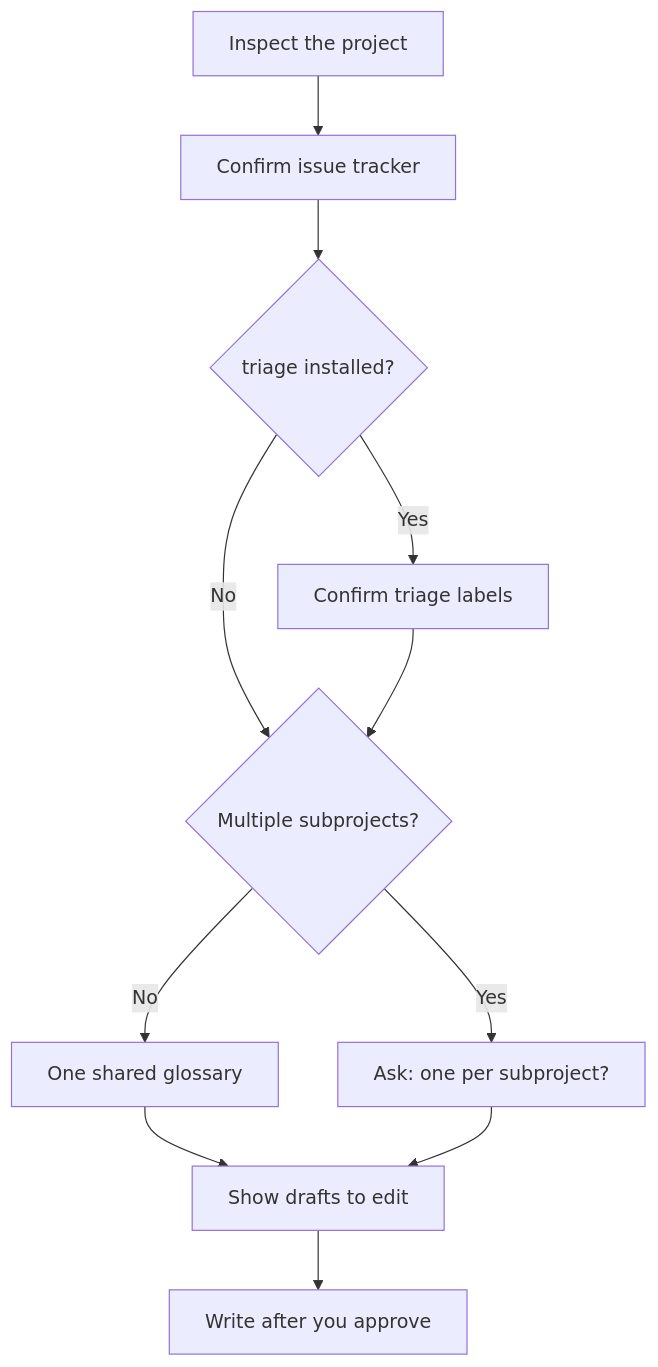
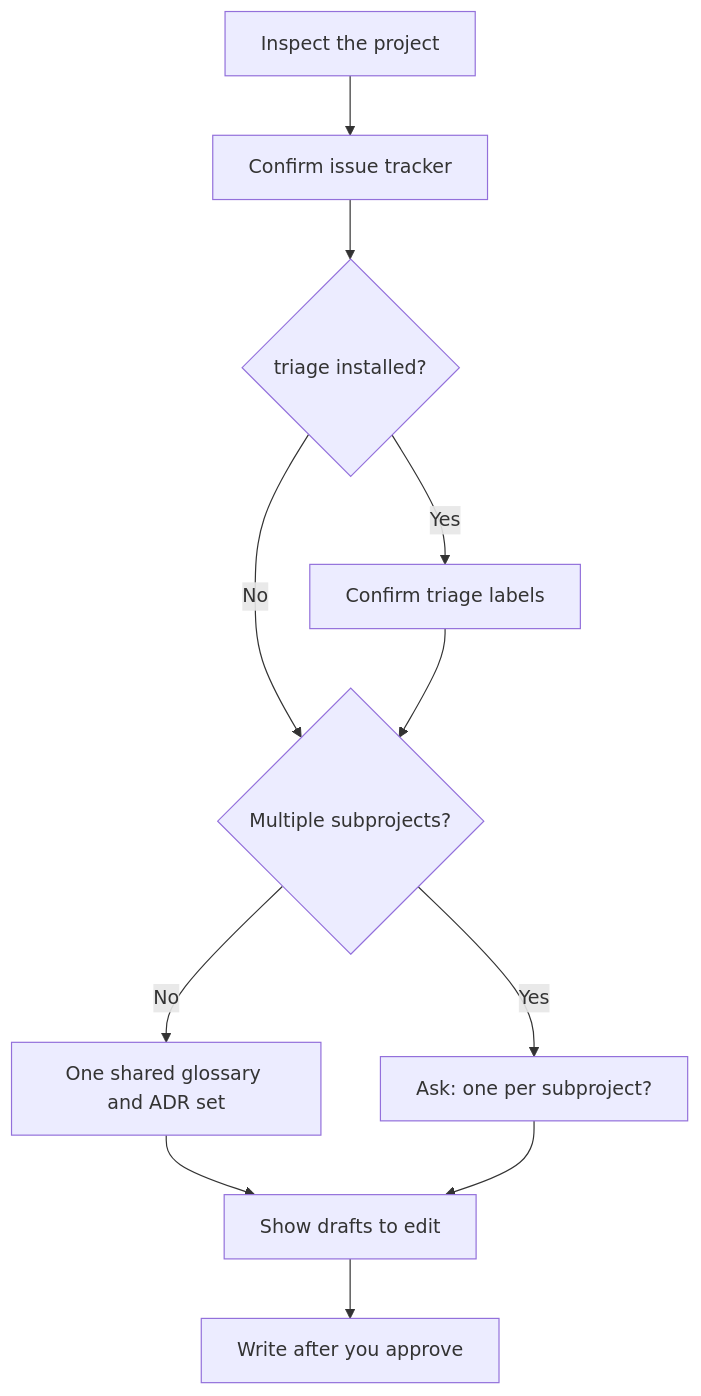
The first of 3 diagrams in _posts/en/2026-09-21-mattpocock-skills-setup-routing-guide.md (justmaocom/justmaocom.github.io), drawn with Mermaid before and after one commit. The commit also changed 2 other files, not shown here.

Commit message:
docs(posts): setup 流程圖補回決策紀錄的存放位置

````diff
--- a/_posts/en/2026-09-21-mattpocock-skills-setup-routing-guide.md
+++ b/_posts/en/2026-09-21-mattpocock-skills-setup-routing-guide.md
@@ -117,13 +117,13 @@
 ```mermaid
 flowchart TD
   A[Inspect the project] --> B[Confirm issue tracker]
   B --> C{triage installed?}
   C -->|Yes| D[Confirm triage labels]
   C -->|No| E{Multiple subprojects?}
   D --> E
-  E -->|No| F[One shared glossary]
+  E -->|No| F[One shared glossary and ADR set]
   E -->|Yes| G["Ask: one per subproject?"]
   F --> H[Show drafts to edit]
   G --> H
   H --> I[Write after you approve]
 ```
````
